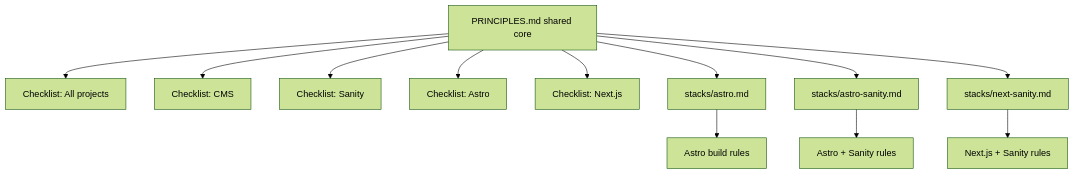
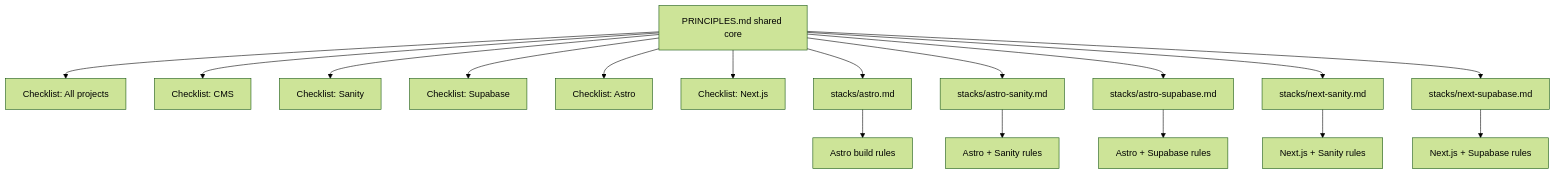
Before and after one commit to patrick-dt/art-of-web: the diagram in README.md, drawn with Mermaid (forest theme). The commit also changed other lines of this file and 6 other files, not shown here.

First line of the commit message:
Add Supabase stack to principles and checklist.

````diff
--- a/README.md
+++ b/README.md
@@ -21,23 +23,31 @@
 ```mermaid
 flowchart TD
   core[PRINCIPLES.md shared core]
   checklistAll[Checklist: All projects]
   checklistCMS[Checklist: CMS]
   checklistSanity[Checklist: Sanity]
+  checklistSupabase[Checklist: Supabase]
   checklistAstro[Checklist: Astro]
   checklistNext[Checklist: Next.js]
   astro[stacks/astro.md]
   astroSanity[stacks/astro-sanity.md]
+  astroSupabase[stacks/astro-supabase.md]
   nextSanity[stacks/next-sanity.md]
+  nextSupabase[stacks/next-supabase.md]
   core --> checklistAll
   core --> checklistCMS
   core --> checklistSanity
+  core --> checklistSupabase
   core --> checklistAstro
   core --> checklistNext
   core --> astro
   core --> astroSanity
+  core --> astroSupabase
   core --> nextSanity
+  core --> nextSupabase
   astro --> astroRules[Astro build rules]
   astroSanity --> asRules[Astro + Sanity rules]
+  astroSupabase --> aspRules[Astro + Supabase rules]
   nextSanity --> nsRules[Next.js + Sanity rules]
+  nextSupabase --> nspRules[Next.js + Supabase rules]
 ```
````
